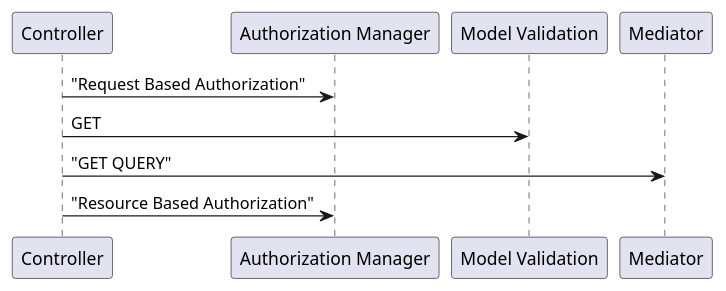
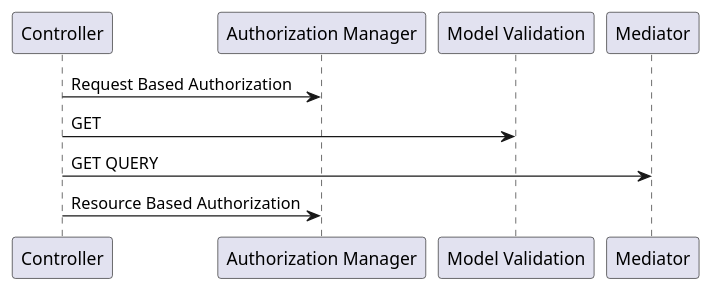
One commit to dpvreony/whipstaff changed the second of 3 diagrams in src/docfx_project/index.md. Above: the diagram before and after it, drawn with PlantUML. The commit also changed other lines of this file, not shown here.

````diff
--- a/src/docfx_project/index.md
+++ b/src/docfx_project/index.md
@@ -34,8 +49,8 @@
 ```plantUml
 
-"Controller" -> "Authorization Manager" : "Request Based Authorization"
+"Controller" -> "Authorization Manager" : Request Based Authorization
 "Controller" -> "Model Validation" : GET
-"Controller" -> "Mediator" : "GET QUERY"
-"Controller" -> "Authorization Manager" : "Resource Based Authorization"
+"Controller" -> "Mediator" : GET QUERY
+"Controller" -> "Authorization Manager" : Resource Based Authorization
 
 ```
````
